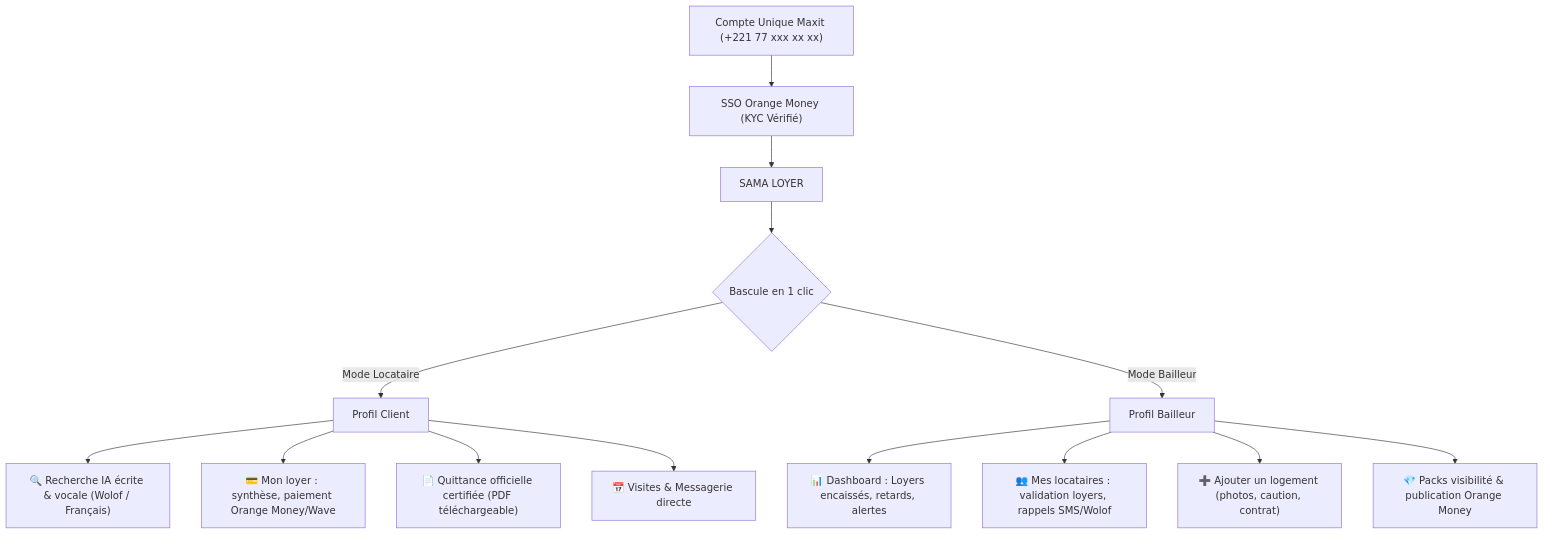
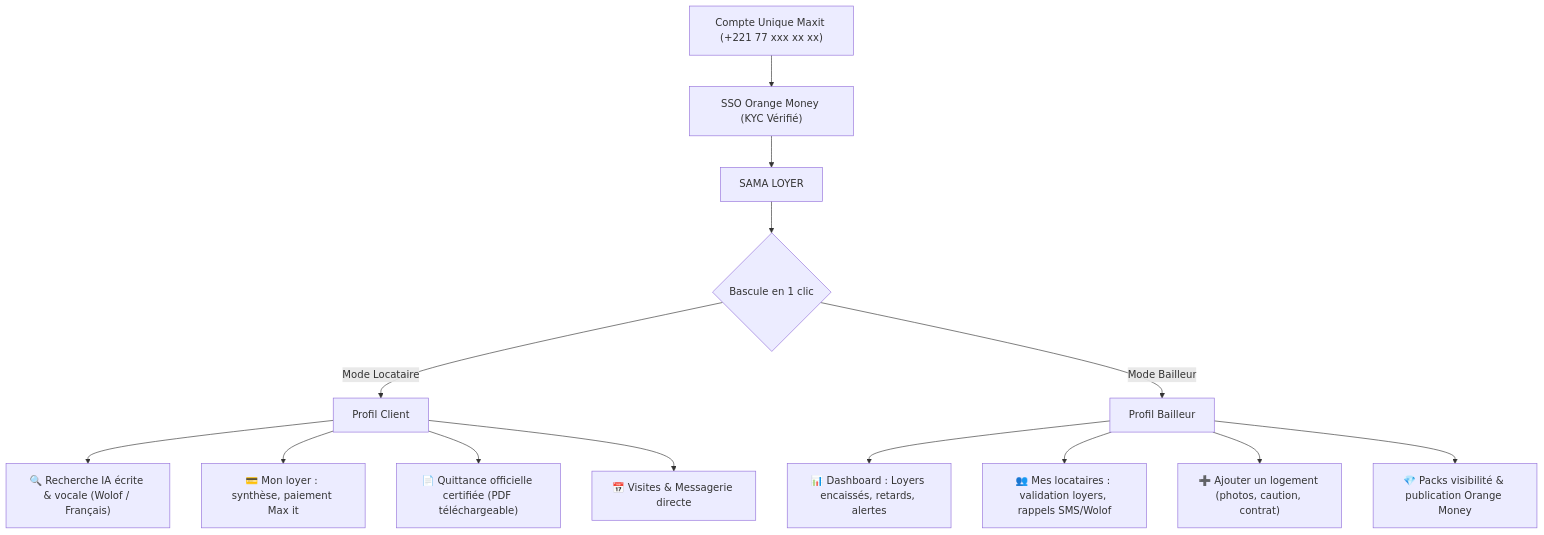
Before and after one commit to MalickDevWeb/sama_loyer: the first of 2 diagrams in README.fr.md, drawn with Mermaid. The commit also changed 53 other files, not shown here.

````diff
--- a/README.fr.md
+++ b/README.fr.md
@@ -34,18 +34,18 @@
 ```mermaid
 flowchart TD
     A["Compte Unique Maxit (+221 77 xxx xx xx)"] --> B["SSO Orange Money (KYC Vérifié)"]
     B --> C["SAMA LOYER"]
     C --> D{"Bascule en 1 clic"}
     
     D -->|Mode Locataire| E["Profil Client"]
     E --> E1["🔍 Recherche IA écrite & vocale (Wolof / Français)"]
-    E --> E2["💳 Mon loyer : synthèse, paiement Orange Money/Wave"]
+    E --> E2["💳 Mon loyer : synthèse, paiement Max it"]
     E --> E3["📄 Quittance officielle certifiée (PDF téléchargeable)"]
     E --> E4["📅 Visites & Messagerie directe"]
     
     D -->|Mode Bailleur| F["Profil Bailleur"]
     F --> F1["📊 Dashboard : Loyers encaissés, retards, alertes"]
     F --> F2["👥 Mes locataires : validation loyers, rappels SMS/Wolof"]
     F --> F3["➕ Ajouter un logement (photos, caution, contrat)"]
     F --> F4["💎 Packs visibilité & publication Orange Money"]
 ```
````
